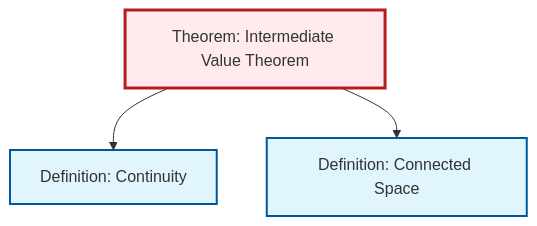
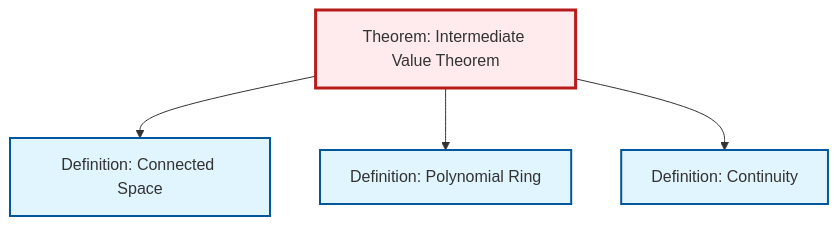
The diagram in content/en/topology/thm-intermediate-value.qmd (RK0429/ModernMath), drawn with Mermaid before and after one commit. The commit also changed other lines of this file and 434 other files, not shown here.

First line of the commit message:
feat: Add polynomial ring definition with comprehensive cross-references

````diff
--- a/content/en/topology/thm-intermediate-value.qmd
+++ b/content/en/topology/thm-intermediate-value.qmd
@@ -50,17 +51,20 @@
 ```{mermaid}
 %%| fig-cap: "Local dependency graph"
 graph TD
     classDef definition fill:#e1f5fe,stroke:#01579b,stroke-width:2px
     classDef theorem fill:#f3e5f5,stroke:#4a148c,stroke-width:2px
     classDef axiom fill:#fff3e0,stroke:#e65100,stroke-width:2px
     classDef example fill:#e8f5e9,stroke:#1b5e20,stroke-width:2px
     classDef current fill:#ffebee,stroke:#b71c1c,stroke-width:3px
+    thm-intermediate-value["Theorem: Intermediate Value Theorem"]:::theorem
+    def-polynomial-ring["Definition: Polynomial Ring"]:::definition
     def-continuity["Definition: Continuity"]:::definition
-    thm-intermediate-value["Theorem: Intermediate Value Theorem"]:::theorem
     def-connected["Definition: Connected Space"]:::definition
+    thm-intermediate-value --> def-connected
+    thm-intermediate-value --> def-polynomial-ring
     thm-intermediate-value --> def-continuity
-    thm-intermediate-value --> def-connected
     class thm-intermediate-value current
+    click def-polynomial-ring "def-polynomial-ring.html" "Go to Polynomial Ring definition"
     click def-continuity "def-continuity.html" "Go to Continuity definition"
     click def-connected "def-connected.html" "Go to Connected Space definition"
 ```
````
